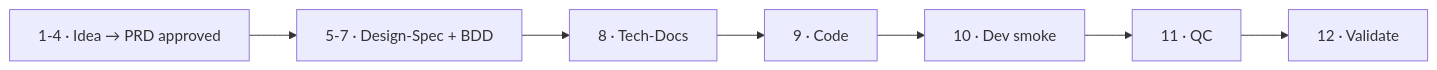
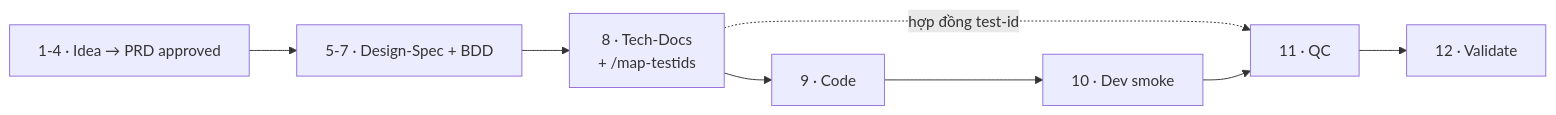
Before and after one commit to duclm2/sdd-guide: the diagram in 01-getting-started/quickstart.md, drawn with Mermaid. The commit also changed other lines of this file and 35 other files, not shown here.

````diff
--- a/01-getting-started/quickstart.md
+++ b/01-getting-started/quickstart.md
@@ -28,6 +28,7 @@
 ```mermaid
 flowchart LR
     A["1-4 · Idea → PRD approved"] --> B["5-7 · Design-Spec + BDD"]
-    B --> C["8 · Tech-Docs"] --> D["9 · Code"]
+    B --> C["8 · Tech-Docs<br/>+ /map-testids"] --> D["9 · Code"]
+    C -.->|"hợp đồng test-id"| F
     D --> E["10 · Dev smoke"] --> F["11 · QC"] --> G["12 · Validate"]
 ```
````
